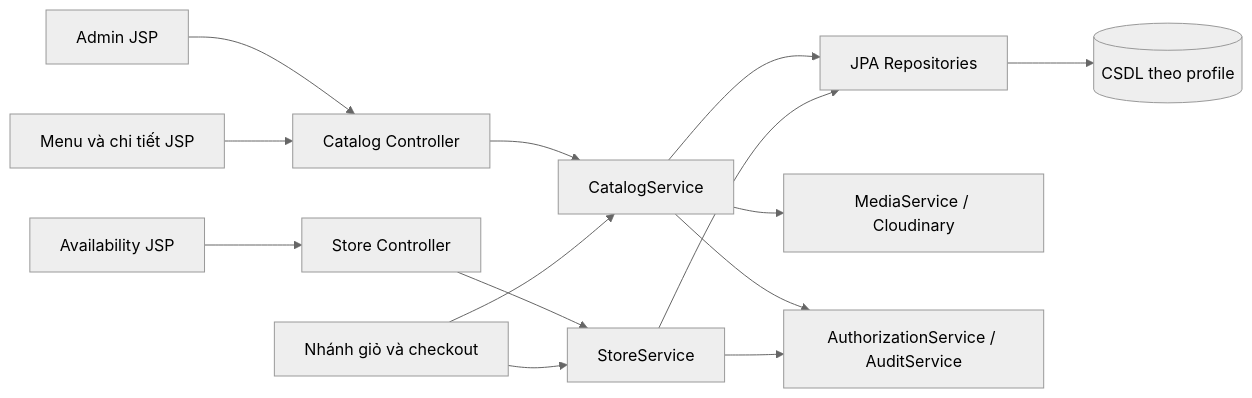
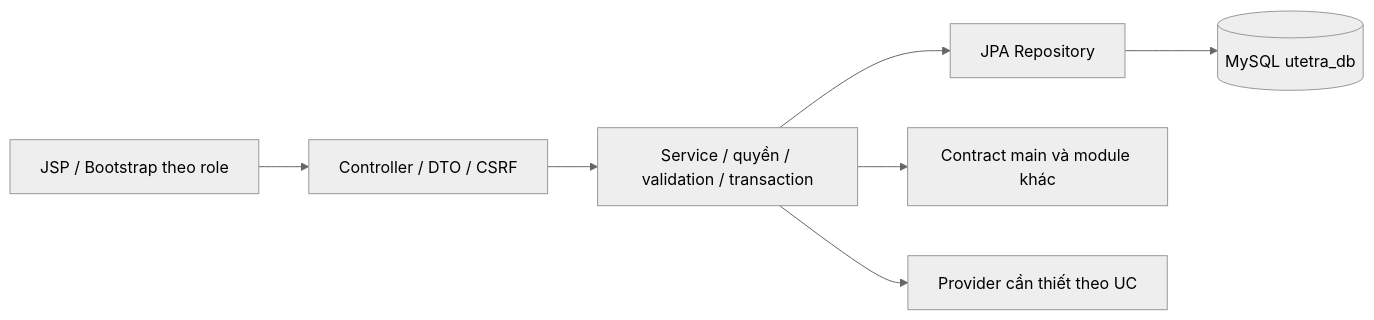
One commit to Phucsbinz/Project_Web changed the diagram in docs/features/catalog-sales/IMPLEMENTATION.md. Above: the diagram before and after it, drawn with Mermaid (neutral theme). The commit also changed other lines of this file and 151 other files, not shown here.

````diff
--- a/docs/features/catalog-sales/IMPLEMENTATION.md
+++ b/docs/features/catalog-sales/IMPLEMENTATION.md
@@ -55,16 +52,9 @@
 ```mermaid
 flowchart LR
-    Admin[Admin JSP] --> C[Catalog Controller]
-    Public[Menu và chi tiết JSP] --> C
-    Staff[Availability JSP] --> S[Store Controller]
-    C --> CS[CatalogService]
-    S --> SS[StoreService]
-    CS --> Repo[JPA Repositories]
-    SS --> Repo
-    Repo --> DB[(CSDL theo profile)]
-    CS --> Media[MediaService / Cloudinary]
-    CS --> Auth[AuthorizationService / AuditService]
-    SS --> Auth
-    Order[Nhánh giỏ và checkout] --> CS
-    Order --> SS
+    UI[JSP / Bootstrap theo role] --> C[Controller / DTO / CSRF]
+    C --> S[Service / quyền / validation / transaction]
+    S --> R[JPA Repository]
+    R --> DB[(MySQL utetra_db)]
+    S --> Common[Contract main và module khác]
+    S --> Provider[Provider cần thiết theo UC]
 ```
````
